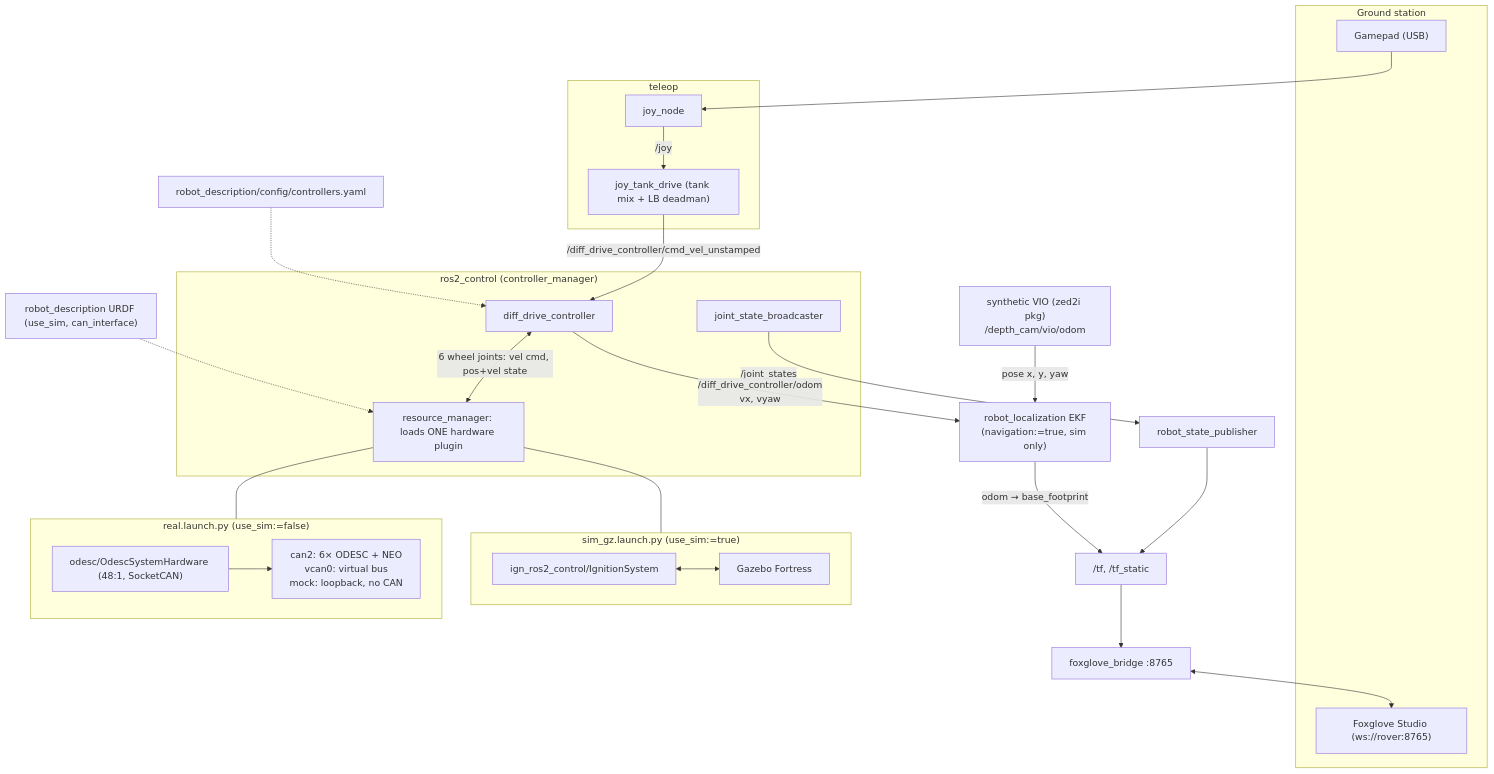
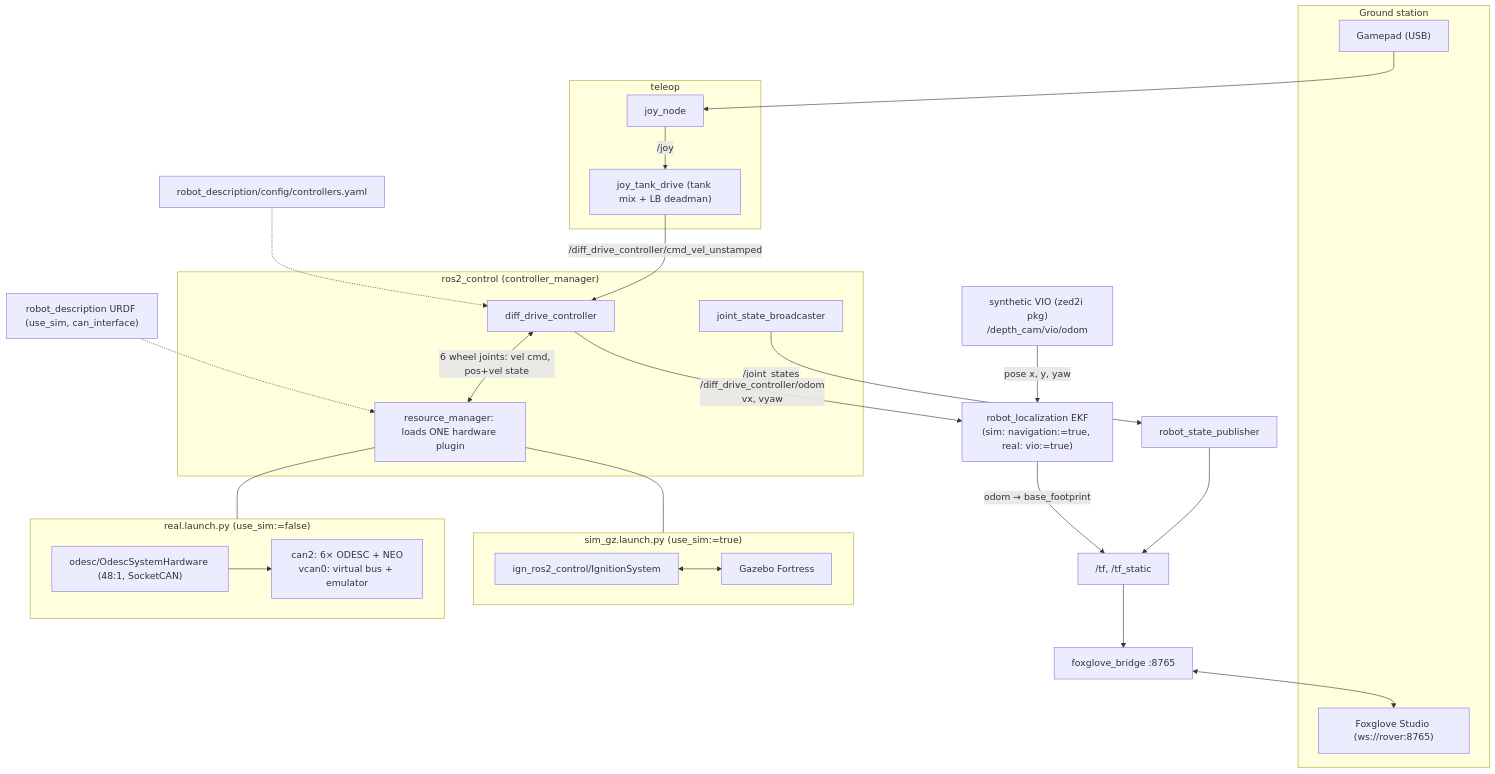
The diagram in docs/architecture.md (BILLEE-BroncoSTAR/billee-software-2027), drawn with Mermaid before and after one commit. The commit also changed other lines of this file and 12 other files, not shown here.

````diff
--- a/docs/architecture.md
+++ b/docs/architecture.md
@@ -7,39 +8,39 @@
 ```mermaid
 flowchart TB
     subgraph OP["Ground station"]
         PAD["Gamepad (USB)"]
         FGS["Foxglove Studio (ws://rover:8765)"]
     end
 
     subgraph TELE["teleop"]
         JOY["joy_node"]
         TANK["joy_tank_drive (tank mix + LB deadman)"]
     end
     PAD --> JOY -->|"/joy"| TANK
     TANK -->|"/diff_drive_controller/cmd_vel_unstamped"| DDC
 
     subgraph CTRL["ros2_control (controller_manager)"]
         DDC["diff_drive_controller"]
         JSB["joint_state_broadcaster"]
         RM["resource_manager: loads ONE hardware plugin"]
         DDC <-->|"6 wheel joints: vel cmd, pos+vel state"| RM
     end
     CFG["robot_description/config/controllers.yaml"] -.-> DDC
     URDF["robot_description URDF (use_sim, can_interface)"] -.-> RM
 
     subgraph SIMB["sim_gz.launch.py (use_sim:=true)"]
         IGN["ign_ros2_control/IgnitionSystem"] <--> GZ["Gazebo Fortress"]
     end
     subgraph REALB["real.launch.py (use_sim:=false)"]
         ODESC["odesc/OdescSystemHardware (48:1, SocketCAN)"]
-        ODESC --> CAN["can2: 6× ODESC + NEO<br/>vcan0: virtual bus<br/>mock: loopback, no CAN"]
+        ODESC --> CAN["can2: 6× ODESC + NEO<br/>vcan0: virtual bus + emulator"]
     end
     RM --- SIMB
     RM --- REALB
 
     JSB -->|"/joint_states"| RSP["robot_state_publisher"] --> TF["/tf, /tf_static"]
-    VIO["synthetic VIO (zed2i pkg)<br/>/depth_cam/vio/odom"] -->|"pose x, y, yaw"| EKF["robot_localization EKF<br/>(navigation:=true, sim only)"]
+    VIO["synthetic VIO (zed2i pkg)<br/>/depth_cam/vio/odom"] -->|"pose x, y, yaw"| EKF["robot_localization EKF<br/>(sim: navigation:=true, real: vio:=true)"]
     DDC -->|"/diff_drive_controller/odom<br/>vx, vyaw"| EKF
     EKF -->|"odom → base_footprint"| TF
     TF --> FB["foxglove_bridge :8765"] <--> FGS
 ```
````
